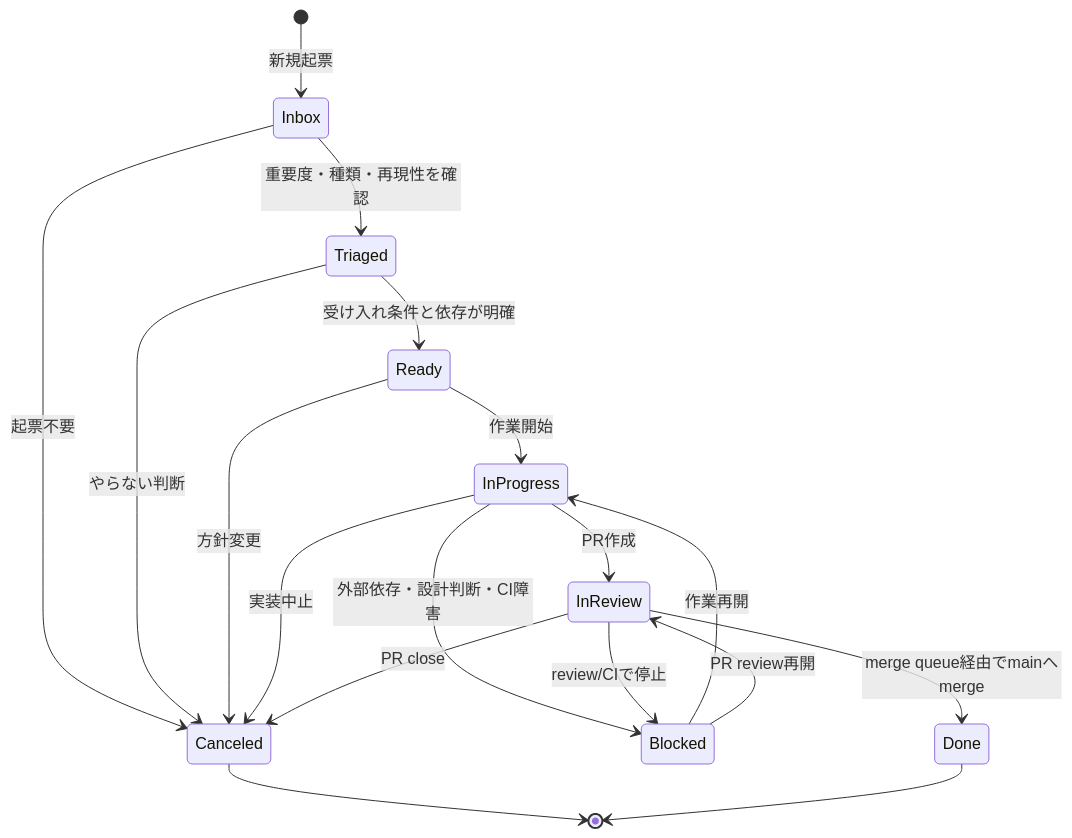
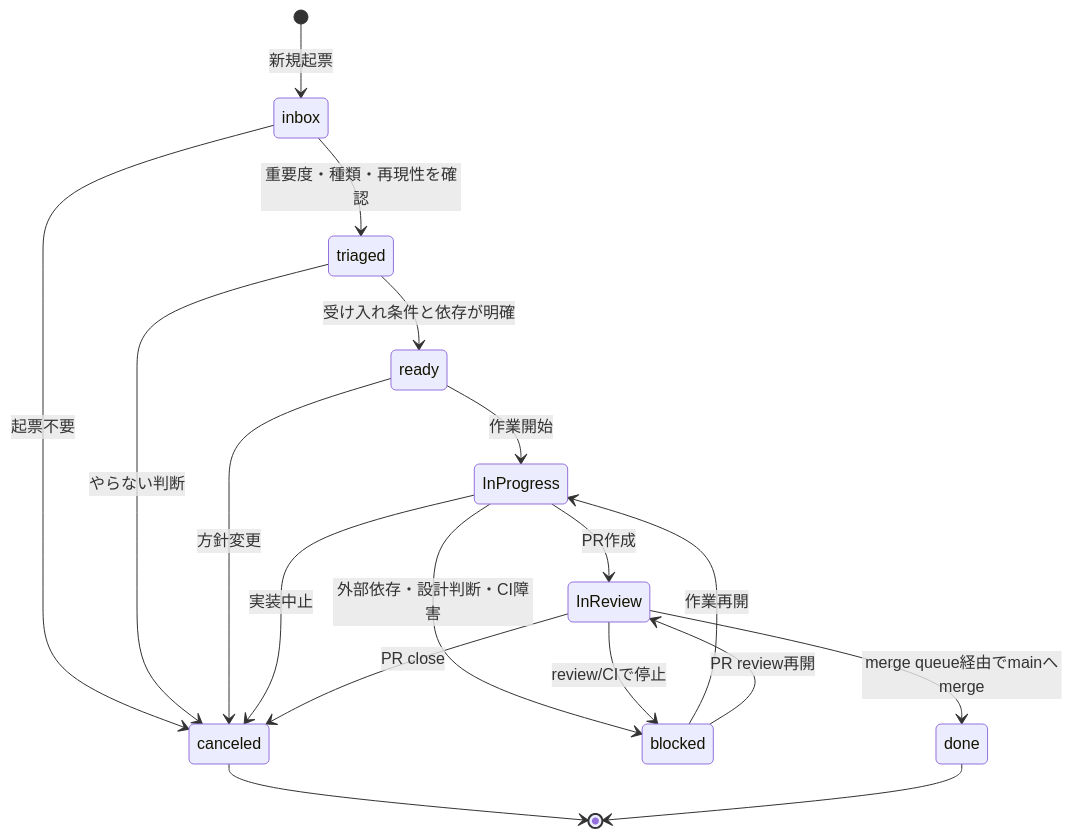
One commit to ReoHakase/skills changed the diagram in github-project-ops/references/issue-lifecycle.md. Above: the diagram before and after it, drawn with Mermaid. The commit also changed other lines of this file and 8 other files, not shown here.

````diff
--- a/github-project-ops/references/issue-lifecycle.md
+++ b/github-project-ops/references/issue-lifecycle.md
@@ -28,22 +28,22 @@
 ```mermaid
 stateDiagram-v2
-    [*] --> Inbox: 新規起票
-    Inbox --> Triaged: 重要度・種類・再現性を確認
-    Triaged --> Ready: 受け入れ条件と依存が明確
-    Ready --> InProgress: 作業開始
+    [*] --> inbox: 新規起票
+    inbox --> triaged: 重要度・種類・再現性を確認
+    triaged --> ready: 受け入れ条件と依存が明確
+    ready --> InProgress: 作業開始
     InProgress --> InReview: PR作成
-    InReview --> Done: merge queue経由でmainへmerge
+    InReview --> done: merge queue経由でmainへmerge
 
-    InProgress --> Blocked: 外部依存・設計判断・CI障害
-    InReview --> Blocked: review/CIで停止
-    Blocked --> InProgress: 作業再開
-    Blocked --> InReview: PR review再開
+    InProgress --> blocked: 外部依存・設計判断・CI障害
+    InReview --> blocked: review/CIで停止
+    blocked --> InProgress: 作業再開
+    blocked --> InReview: PR review再開
 
-    Inbox --> Canceled: 起票不要
-    Triaged --> Canceled: やらない判断
-    Ready --> Canceled: 方針変更
-    InProgress --> Canceled: 実装中止
-    InReview --> Canceled: PR close
-    Canceled --> [*]
-    Done --> [*]
+    inbox --> canceled: 起票不要
+    triaged --> canceled: やらない判断
+    ready --> canceled: 方針変更
+    InProgress --> canceled: 実装中止
+    InReview --> canceled: PR close
+    canceled --> [*]
+    done --> [*]
 ```
````
